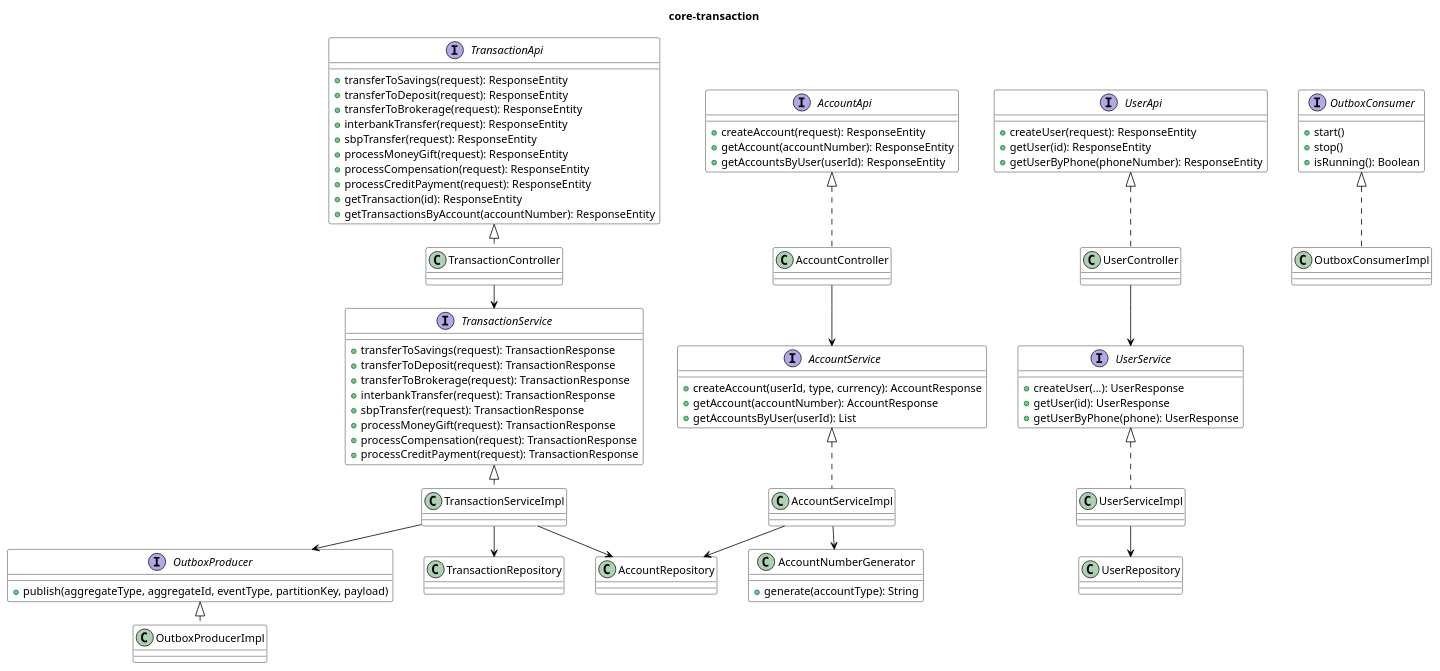
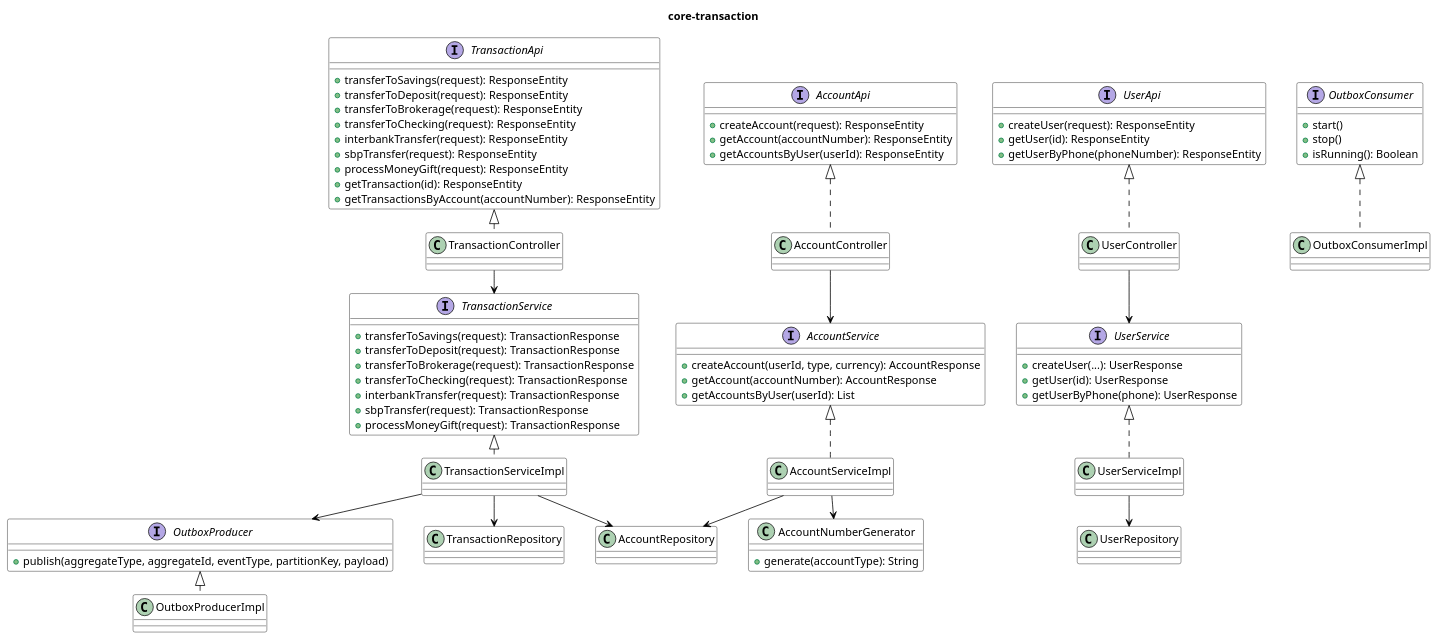
One commit to SVYATOOOSLAV/core-transaction changed the sixth of 18 diagrams in docs/Диаграммы_PlantUML.md. Above: the diagram before and after it, drawn with PlantUML. The commit also changed 26 other files, not shown here.

Commit message:
Fill data in database, add transfer to checking, update timezone to moscow, combine login money gift and compensation, remove credit payment, update sbp transfer

```diff
--- a/docs/Диаграммы_PlantUML.md
+++ b/docs/Диаграммы_PlantUML.md
@@ -369,11 +369,10 @@
     + transferToSavings(request): ResponseEntity
     + transferToDeposit(request): ResponseEntity
     + transferToBrokerage(request): ResponseEntity
+    + transferToChecking(request): ResponseEntity
     + interbankTransfer(request): ResponseEntity
     + sbpTransfer(request): ResponseEntity
     + processMoneyGift(request): ResponseEntity
-    + processCompensation(request): ResponseEntity
-    + processCreditPayment(request): ResponseEntity
     + getTransaction(id): ResponseEntity
     + getTransactionsByAccount(accountNumber): ResponseEntity
 }
@@ -384,11 +383,10 @@
     + transferToSavings(request): TransactionResponse
     + transferToDeposit(request): TransactionResponse
     + transferToBrokerage(request): TransactionResponse
+    + transferToChecking(request): TransactionResponse
     + interbankTransfer(request): TransactionResponse
     + sbpTransfer(request): TransactionResponse
     + processMoneyGift(request): TransactionResponse
-    + processCompensation(request): TransactionResponse
-    + processCreditPayment(request): TransactionResponse
 }
 
 class TransactionServiceImpl implements TransactionService
```
